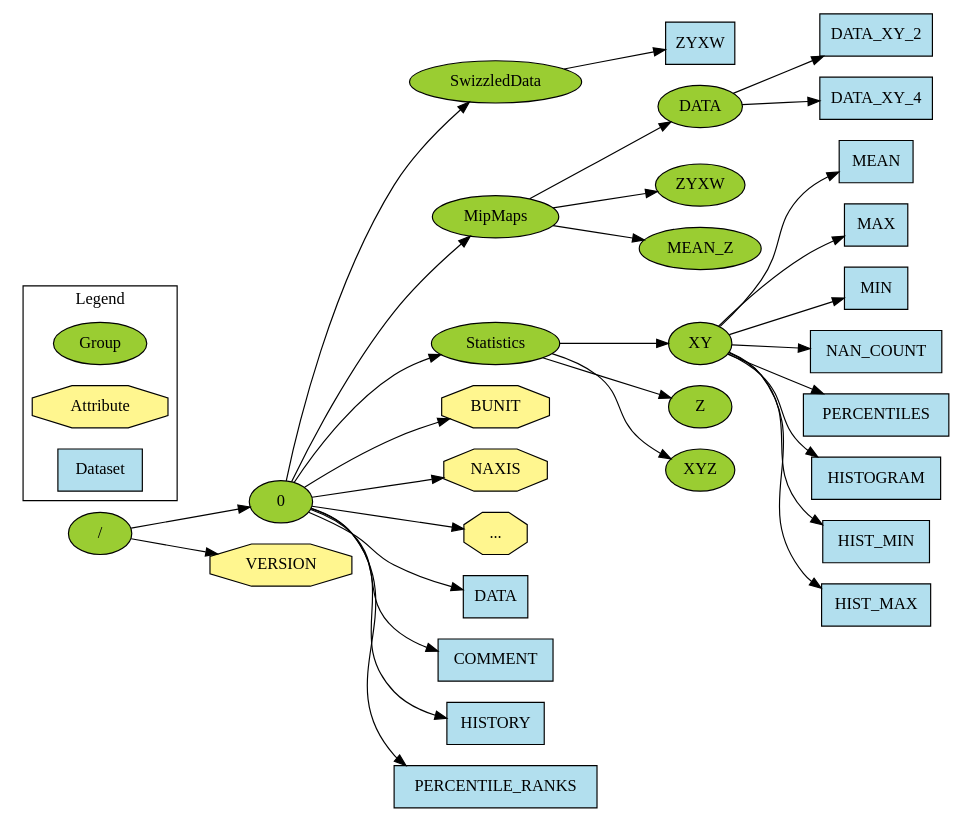
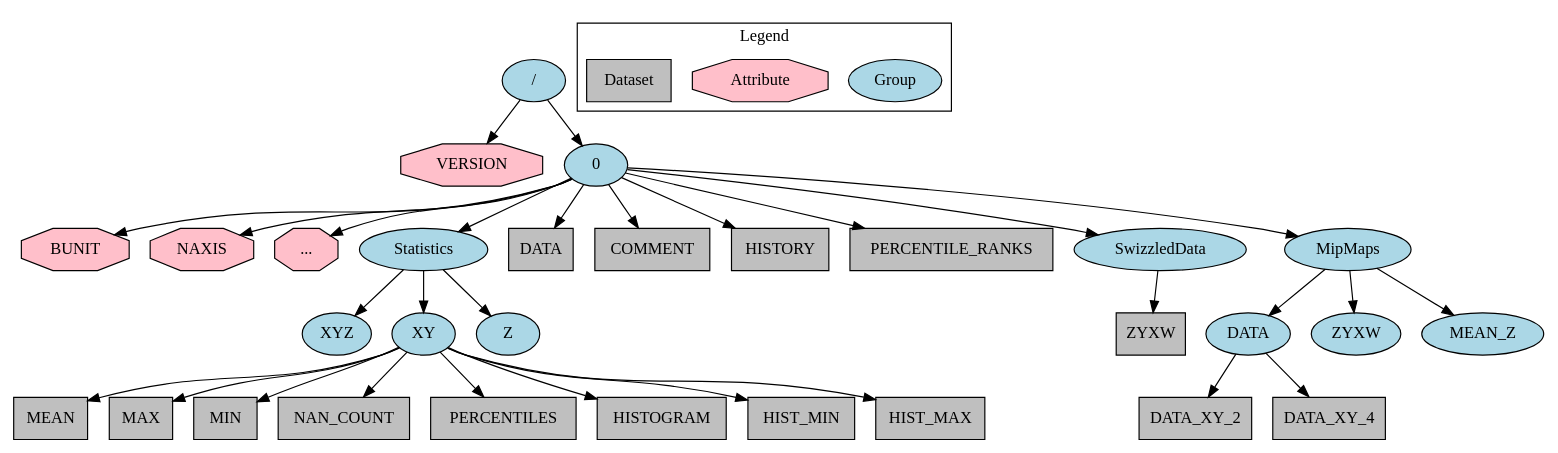
The diagram in docs/schema.dot (idia-astro/hdf5converters), drawn with Graphviz before and after one commit. The commit also changed 2 other files, not shown here.

Commit message:
actually commit previous iteration of schema

```diff
--- a/docs/schema.dot
+++ b/docs/schema.dot
@@ -1,85 +1,87 @@
 digraph {
-    rankdir=LR
+    rankdir=TB
+    ordering=out
+    concentrate=true
     
-    node [style=filled fillcolor=olivedrab3]
+    node [style=filled fillcolor="#abd7e6"]
     file [label="/"]
     0
     SwizzledData
     MipMaps
     mmDATA [label="DATA"]
     mmZYXW [label="ZYXW"]
     mmMEAN_Z [label="MEAN_Z"]
     Statistics
     XY
     Z
     XYZ
     Group
     
-    node [shape=octagon fillcolor=khaki1]
+    node [shape=octagon fillcolor="#ffbfca"]
     VERSION
     BUNIT
     NAXIS
     other_attrs [label="..."]
     Attribute
     
-    node [shape=box fillcolor=lightblue2]
+    node [shape=box fillcolor="#bfbfbf"]
     DATA
     COMMENT
     HISTORY
     PERCENTILE_RANKS
     ZYXW
     DATA_XY_2
     DATA_XY_4
     MEAN
     MAX
     MIN
     NAN_COUNT
     PERCENTILES
     HISTOGRAM
     HIST_MIN
     HIST_MAX
     Dataset
 
     file -> VERSION
     file -> 0
     
+    0 -> BUNIT
+    0 -> NAXIS
+    0 -> other_attrs
+    
+    0 -> Statistics
+    Statistics -> XYZ
+    Statistics -> XY
+    XY -> MEAN
+    XY -> MAX
+    XY -> MIN
+    XY -> NAN_COUNT
+    XY -> PERCENTILES
+    XY -> HISTOGRAM
+    XY -> HIST_MIN
+    XY -> HIST_MAX
+    Statistics -> Z
+    
     0 -> DATA
     
     0 -> COMMENT
     0 -> HISTORY
     0 -> PERCENTILE_RANKS
-    
-    0 -> BUNIT
-    0 -> NAXIS
-    0 -> other_attrs
     
     0 -> SwizzledData
     SwizzledData -> ZYXW
     
     0 -> MipMaps
     MipMaps -> mmDATA
     mmDATA -> DATA_XY_2
     mmDATA -> DATA_XY_4
     MipMaps -> mmZYXW
     MipMaps -> mmMEAN_Z
     
-    0 -> Statistics
-    Statistics -> XY
-    XY -> MEAN
-    XY -> MAX
-    XY -> MIN
-    XY -> NAN_COUNT
-    XY -> PERCENTILES
-    XY -> HISTOGRAM
-    XY -> HIST_MIN
-    XY -> HIST_MAX
-    Statistics -> Z
-    Statistics -> XYZ
-    
     subgraph cluster_legend {
         label="Legend"
         Group
         Attribute
         Dataset
     }
 }
```
